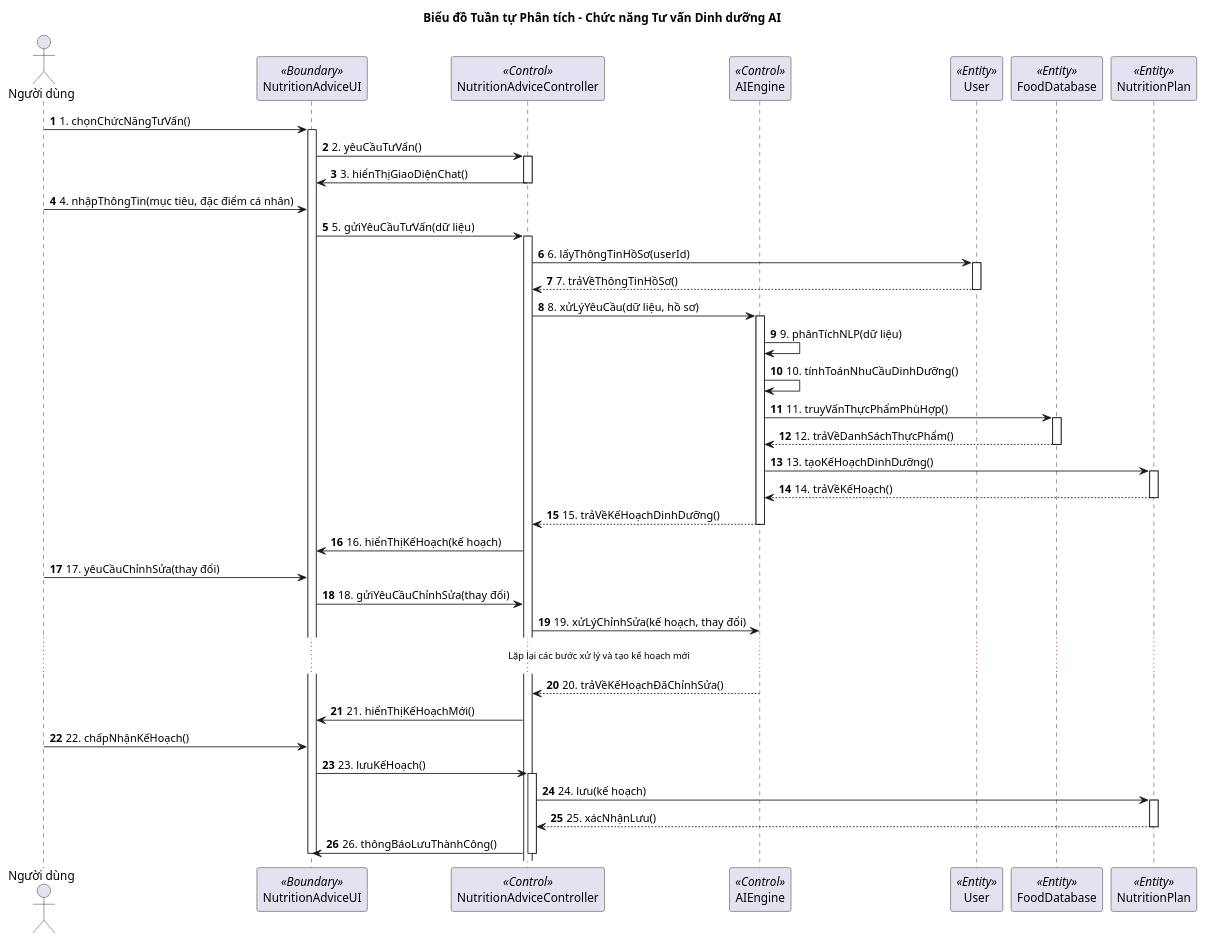
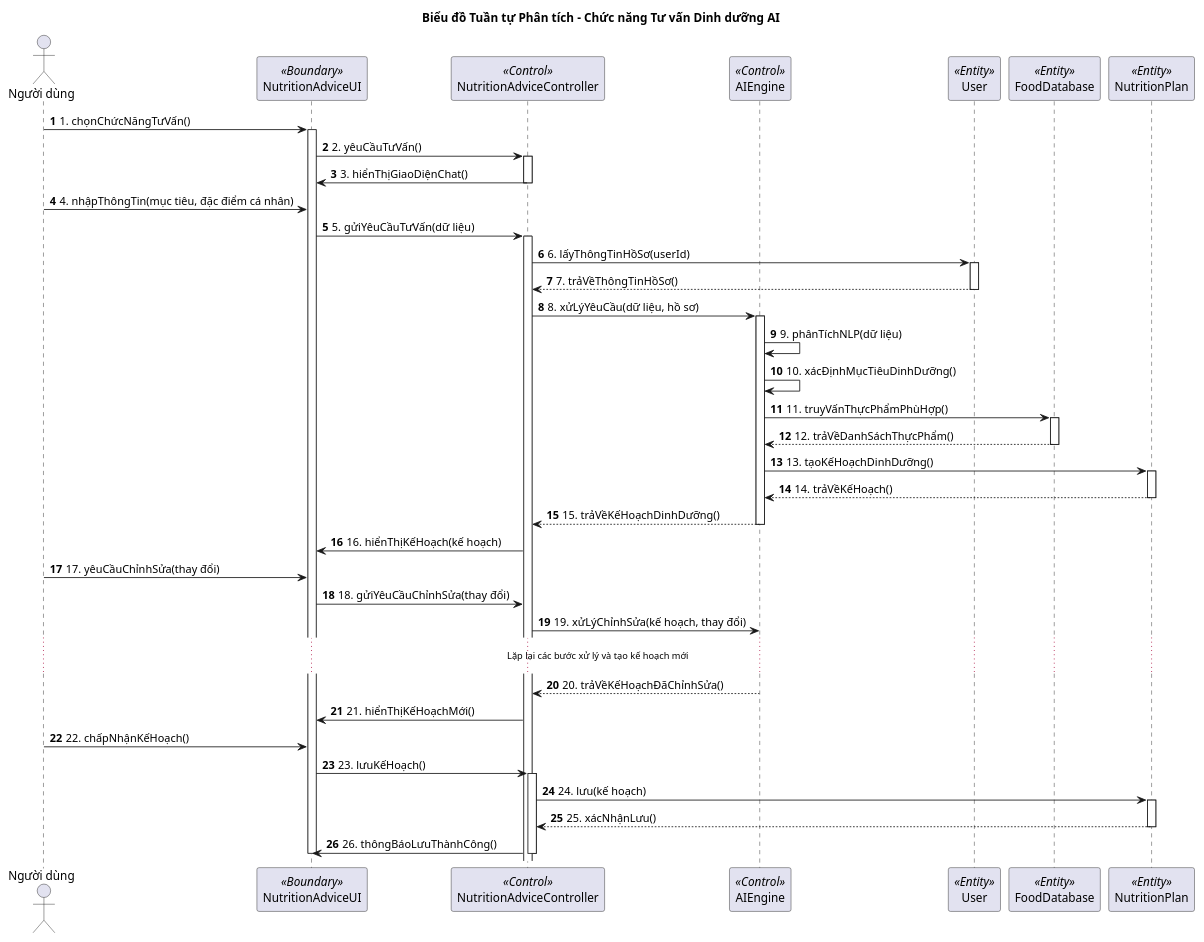
One commit to LQTam787/Thesis changed the diagram in Analysis/Sequence/Uml/NutritionAdviceSequenceDiagram.puml. Above: the diagram before and after it, drawn with PlantUML. The commit also changed 23 other files, not shown here.

```diff
--- a/Analysis/Sequence/Uml/NutritionAdviceSequenceDiagram.puml
+++ b/Analysis/Sequence/Uml/NutritionAdviceSequenceDiagram.puml
@@ -1,78 +1,78 @@
 @startuml NutritionAdviceSequenceDiagram
 
 title Biểu đồ Tuần tự Phân tích - Chức năng Tư vấn Dinh dưỡng AI
 
 actor "Người dùng" as User
 participant "NutritionAdviceUI" as UI <<Boundary>>
 participant "NutritionAdviceController" as Controller <<Control>>
 participant "AIEngine" as AI <<Control>>
 participant "User" as UserEntity <<Entity>>
 participant "FoodDatabase" as DB <<Entity>>
 participant "NutritionPlan" as PlanEntity <<Entity>>
 
 autonumber
 
 User -> UI: 1. chọnChứcNăngTưVấn()
 activate UI
 
 UI -> Controller: 2. yêuCầuTưVấn()
 activate Controller
 
 Controller -> UI: 3. hiểnThịGiaoDiệnChat()
 deactivate Controller
 
 User -> UI: 4. nhậpThôngTin(mục tiêu, đặc điểm cá nhân)
 
 UI -> Controller: 5. gửiYêuCầuTưVấn(dữ liệu)
 activate Controller
 
 Controller -> UserEntity: 6. lấyThôngTinHồSơ(userId)
 activate UserEntity
 UserEntity --> Controller: 7. trảVềThôngTinHồSơ()
 deactivate UserEntity
 
 Controller -> AI: 8. xửLýYêuCầu(dữ liệu, hồ sơ)
 activate AI
 
 AI -> AI: 9. phânTíchNLP(dữ liệu)
-AI -> AI: 10. tínhToánNhuCầuDinhDưỡng()
+AI -> AI: 10. xácĐịnhMụcTiêuDinhDưỡng()
 
 AI -> DB: 11. truyVấnThựcPhẩmPhùHợp()
 activate DB
 DB --> AI: 12. trảVềDanhSáchThựcPhẩm()
 deactivate DB
 
 AI -> PlanEntity: 13. tạoKếHoạchDinhDưỡng()
 activate PlanEntity
 PlanEntity --> AI: 14. trảVềKếHoạch()
 deactivate PlanEntity
 
 AI --> Controller: 15. trảVềKếHoạchDinhDưỡng()
 deactivate AI
 
 Controller -> UI: 16. hiểnThịKếHoạch(kế hoạch)
 
 User -> UI: 17. yêuCầuChỉnhSửa(thay đổi)
 
 UI -> Controller: 18. gửiYêuCầuChỉnhSửa(thay đổi)
 Controller -> AI: 19. xửLýChỉnhSửa(kế hoạch, thay đổi)
 ... Lặp lại các bước xử lý và tạo kế hoạch mới ...
 AI --> Controller: 20. trảVềKếHoạchĐãChỉnhSửa()
 Controller -> UI: 21. hiểnThịKếHoạchMới()
 
 User -> UI: 22. chấpNhậnKếHoạch()
 
 UI -> Controller: 23. lưuKếHoạch()
 activate Controller
 
 Controller -> PlanEntity: 24. lưu(kế hoạch)
 activate PlanEntity
 PlanEntity --> Controller: 25. xácNhậnLưu()
 deactivate PlanEntity
 
 Controller -> UI: 26. thôngBáoLưuThànhCông()
 deactivate Controller
 
 deactivate UI
 
 @enduml
```
